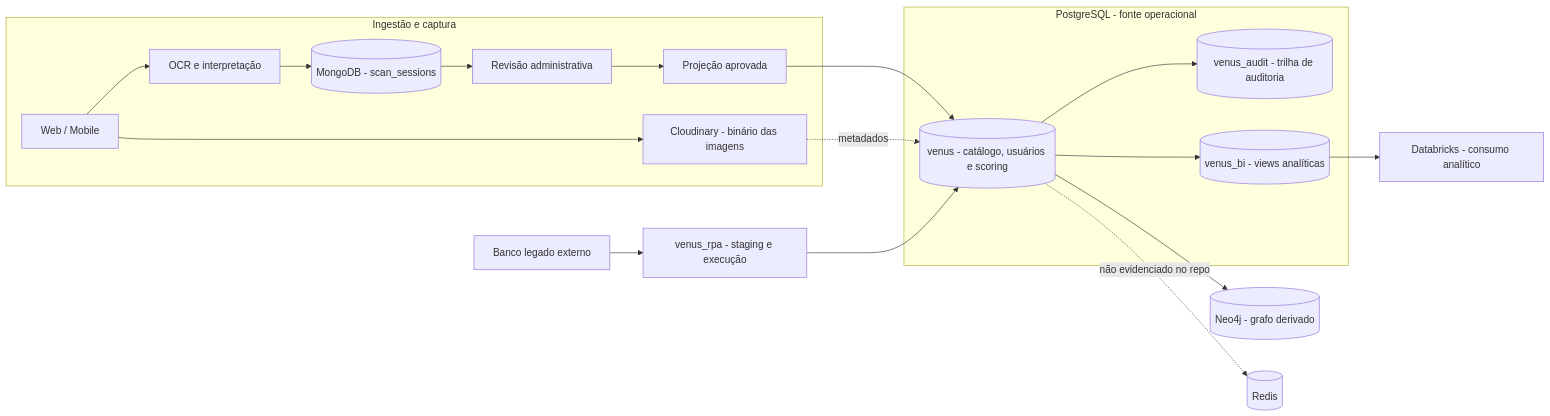
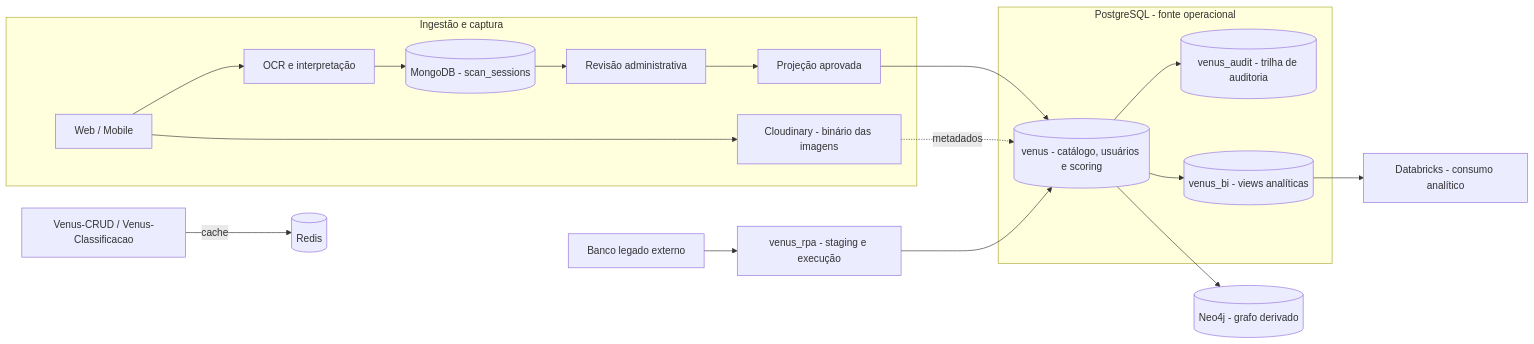
Before and after one commit to Venus-System/Venus-Banco: the diagram in README.md, drawn with Mermaid. The commit also changed other lines of this file, not shown here.

Commit message:
docs: corrigindo evidências de Redis e EQS

````diff
--- a/README.md
+++ b/README.md
@@ -37,27 +37,27 @@
 ```mermaid
 flowchart LR
     subgraph ingestion["Ingestão e captura"]
         client["Web / Mobile"] --> ocr["OCR e interpretação"]
         client --> media["Cloudinary - binário das imagens"]
         ocr --> scans[("MongoDB - scan_sessions")]
         scans --> review["Revisão administrativa"]
         review --> projection["Projeção aprovada"]
     end
 
     legacy["Banco legado externo"] --> rpa["venus_rpa - staging e execução"]
 
     subgraph operational["PostgreSQL - fonte operacional"]
         core[("venus - catálogo, usuários e scoring")]
         audit[("venus_audit - trilha de auditoria")]
         bi[("venus_bi - views analíticas")]
     end
 
     projection --> core
     rpa --> core
     core --> audit
     core --> bi
     core --> neo4jGraph[("Neo4j - grafo derivado")]
     bi --> databricks["Databricks - consumo analítico"]
     media -.->|metadados| core
-    core -.->|não evidenciado no repo| redis[("Redis")]
+    apps["Venus-CRUD / Venus-Classificacao"] -->|cache| redis[("Redis")]
 ```
````
